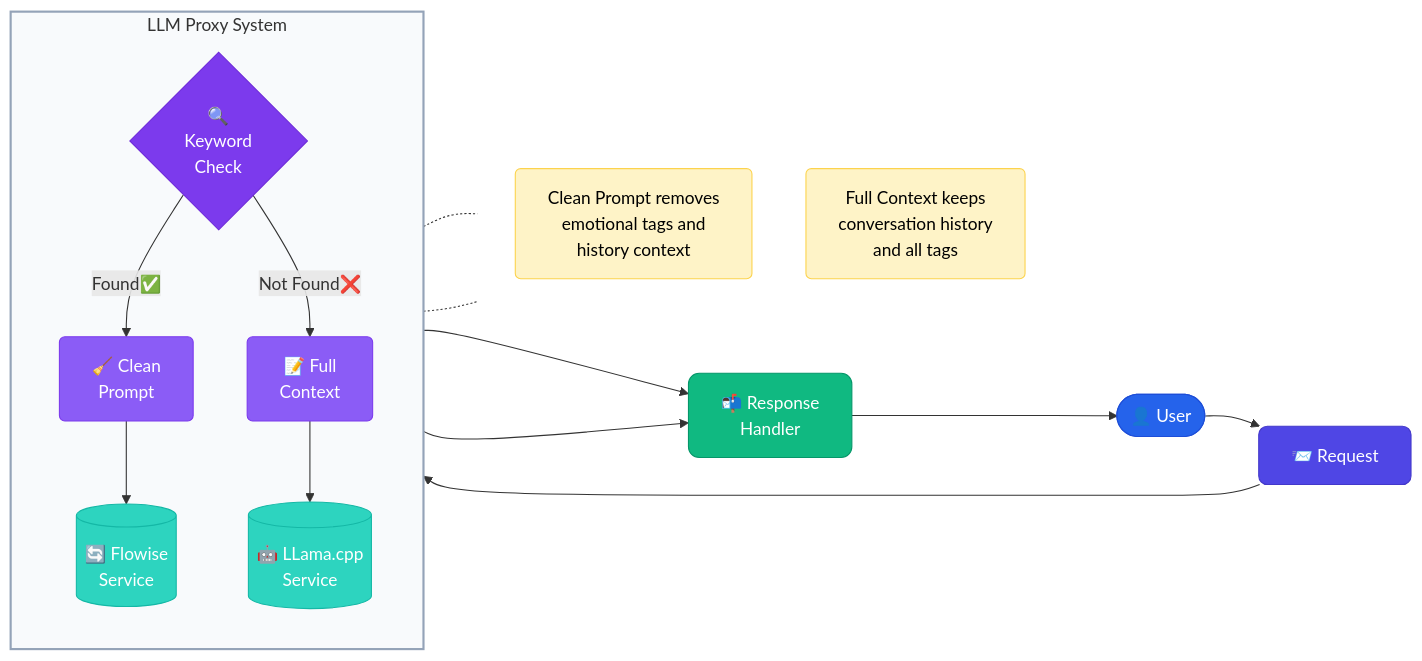
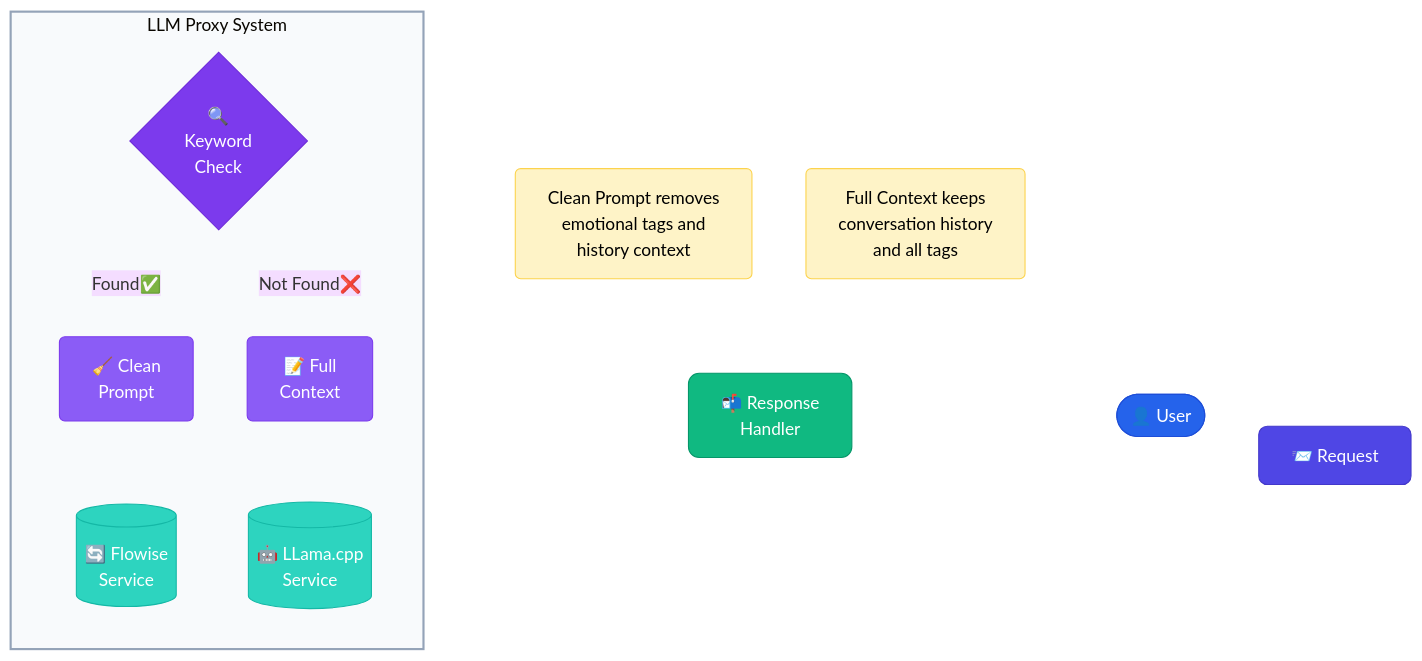
The diagram in readme.md (PPTG/LLM-Proxy-with-Keywords-Management-GUI), drawn with Mermaid before and after one commit.

````diff
--- a/readme.md
+++ b/readme.md
@@ -7,43 +7,45 @@
 ```mermaid
+%%{init: {'theme': 'base', 'themeVariables': {'background': 'transparent'}}}%%
 flowchart LR
     %% Style definitions
     classDef userStyle fill:#2563eb,stroke:#1d4ed8,color:white,rx:10,ry:10
     classDef systemStyle fill:#4f46e5,stroke:#4338ca,color:white,rx:8,ry:8
     classDef checkStyle fill:#7c3aed,stroke:#6d28d9,color:white,rx:15,ry:15
     classDef processStyle fill:#8b5cf6,stroke:#7c3aed,color:white,rx:5,ry:5
     classDef serviceStyle fill:#2dd4bf,stroke:#14b8a6,color:white,rx:10,ry:10
     classDef responseStyle fill:#10b981,stroke:#059669,color:white,rx:10,ry:10
 
     %% Nodes
     U([👤 User]):::userStyle --> R[📨 Request]:::systemStyle
     R --> K{🔍\nKeyword\nCheck}:::checkStyle
     
     subgraph proxy [" LLM Proxy System "]
         direction TB
         K --> |Found✅| C[🧹 Clean\nPrompt]:::processStyle
         K --> |Not Found❌| F[📝 Full\nContext]:::processStyle
         
         C --> FW[(🔄 Flowise\nService)]:::serviceStyle
         F --> LL[(🤖 LLama.cpp\nService)]:::serviceStyle
     end
     
     FW --> Resp[📬 Response\nHandler]:::responseStyle
     LL --> Resp
     Resp --> U
 
     %% Subgraph style
     style proxy fill:#f8fafc,stroke:#94a3b8,stroke-width:2px
 
     %% Add notes
     subgraph notes [" "]
         direction TB
         n1[Clean Prompt removes\nemotional tags and\nhistory context]:::noteStyle
         n2[Full Context keeps\nconversation history\nand all tags]:::noteStyle
     end
     style notes fill:none,stroke:none
     classDef noteStyle fill:#fef3c7,stroke:#fcd34d,color:black,rx:5,ry:5
-
+    
     %% Connect notes
     C -.- n1
     F -.- n2
+
 ```
````
